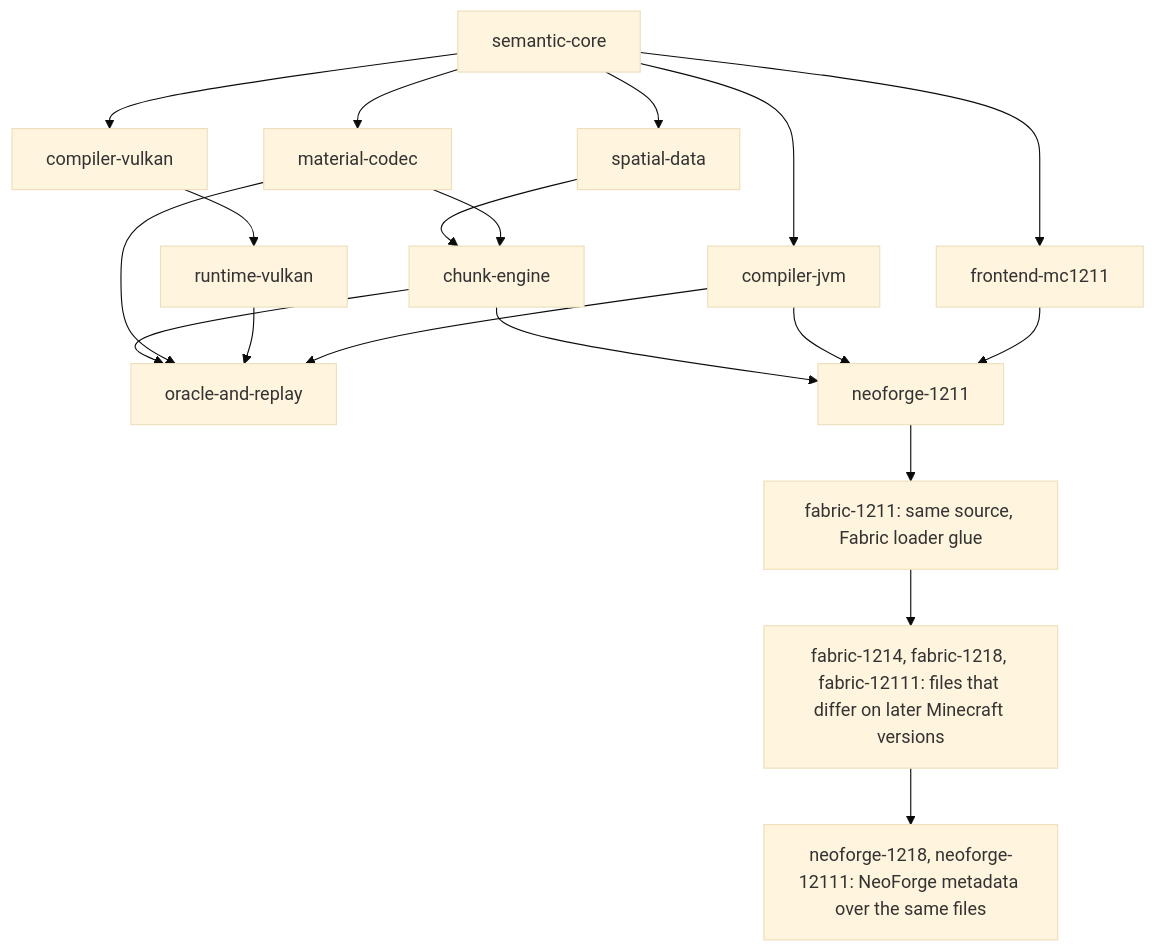
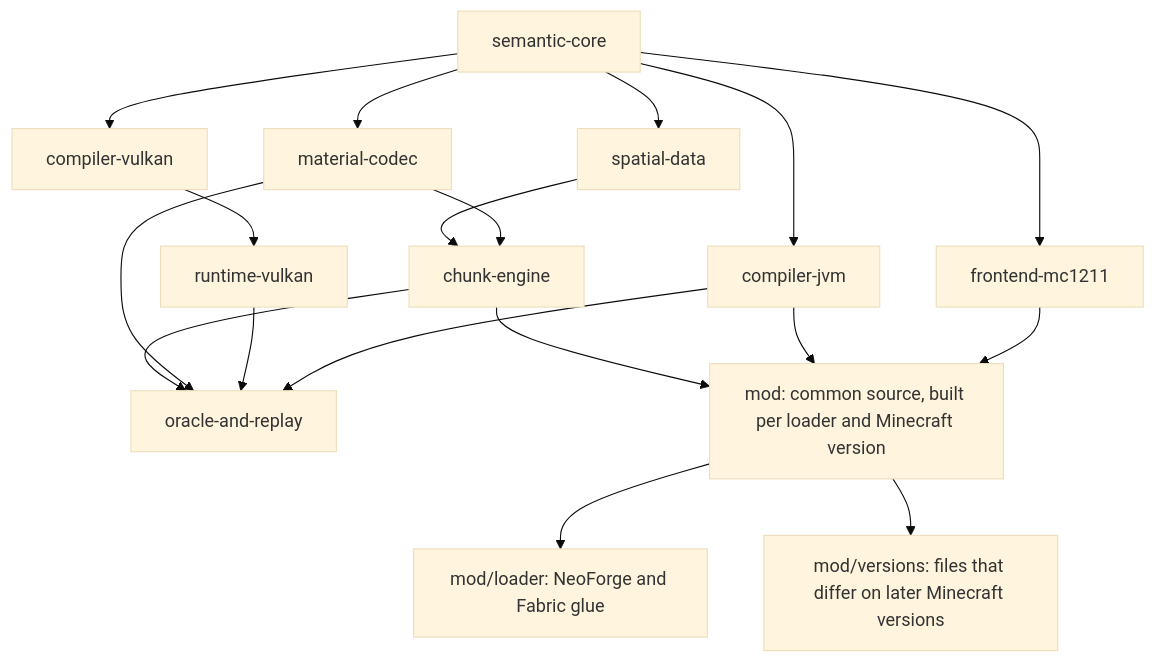
The diagram in docs/ARCHITECTURE.md (Miningmanias/Tellurium), drawn with Mermaid (base theme) before and after one commit. The commit also changed 235 other files, not shown here.

First line of the commit message:
One source tree for every build of the mod

````diff
--- a/docs/ARCHITECTURE.md
+++ b/docs/ARCHITECTURE.md
@@ -7,21 +7,20 @@
 ```mermaid
 flowchart TD
   semantic[semantic-core] --> cpu[compiler-jvm]
   semantic --> glsl[compiler-vulkan]
   semantic --> frontend[frontend-mc1211]
   semantic --> material[material-codec]
   semantic --> spatial[spatial-data]
   material --> engine[chunk-engine]
   spatial --> engine
   glsl --> native[runtime-vulkan]
   cpu --> replay[oracle-and-replay]
   native --> replay
   material --> replay
   engine --> replay
-  frontend --> neo[neoforge-1211]
+  frontend --> neo[mod: common source, built per loader and Minecraft version]
   cpu --> neo
   engine --> neo
-  neo --> fabric[fabric-1211: same source, Fabric loader glue]
-  fabric --> ports[fabric-1214, fabric-1218, fabric-12111: files that differ on later Minecraft versions]
-  ports --> neoports[neoforge-1218, neoforge-12111: NeoForge metadata over the same files]
+  neo --> loaders[mod/loader: NeoForge and Fabric glue]
+  neo --> versions[mod/versions: files that differ on later Minecraft versions]
 ```
````
